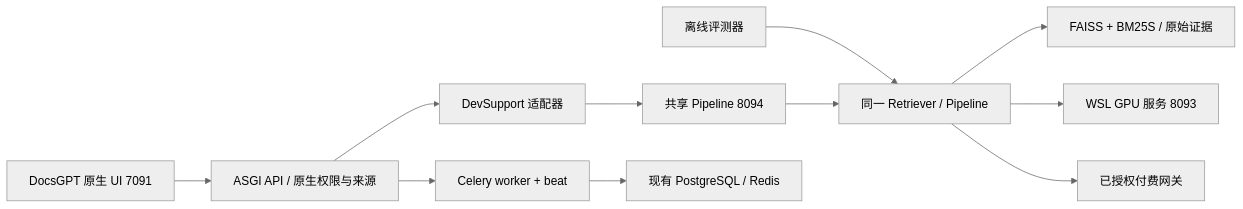
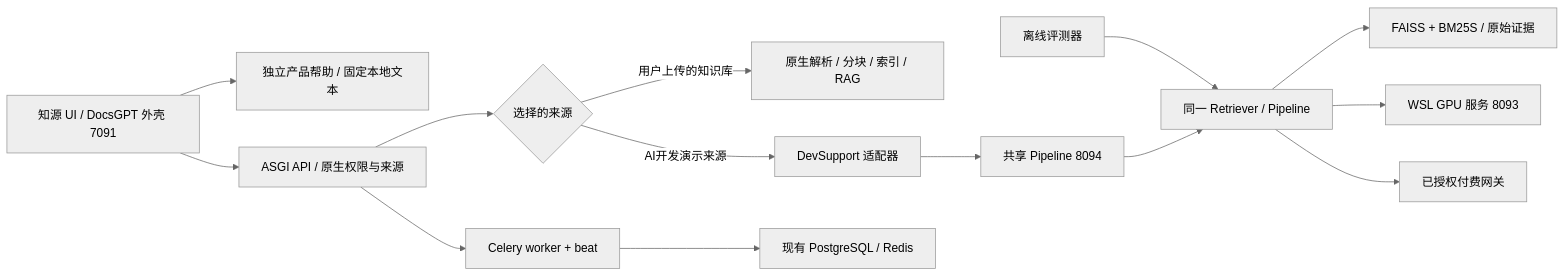
One commit to a1958749/zhiyuan-rag changed the diagram in devsupport/docs/ARCHITECTURE.md. Above: the diagram before and after it, drawn with Mermaid (neutral theme). The commit also changed other lines of this file and 21 other files, not shown here.

````diff
--- a/devsupport/docs/ARCHITECTURE.md
+++ b/devsupport/docs/ARCHITECTURE.md
@@ -5,13 +5,16 @@
 ```mermaid
 flowchart LR
-  UI[DocsGPT 原生 UI 7091] --> Native[ASGI API / 原生权限与来源]
-  Native --> Bridge[DevSupport 适配器]
+  UI[知源 UI / DocsGPT 外壳 7091] --> Help[独立产品帮助 / 固定本地文本]
+  UI --> Native[ASGI API / 原生权限与来源]
+  Native --> Source{选择的来源}
+  Source -->|用户上传的知识库| NativeRAG[原生解析 / 分块 / 索引 / RAG]
+  Source -->|AI开发演示来源| Bridge[DevSupport 适配器]
   Bridge --> Pipeline[共享 Pipeline 8094]
   Eval[离线评测器] --> Core[同一 Retriever / Pipeline]
   Pipeline --> Core
   Core --> Index[FAISS + BM25S / 原始证据]
   Core --> GPU[WSL GPU 服务 8093]
   Core --> Gateway[已授权付费网关]
   Native --> Worker[Celery worker + beat]
   Worker --> DB[现有 PostgreSQL / Redis]
 ```
````
